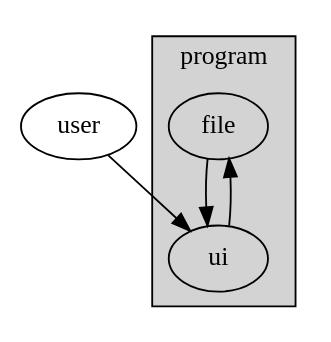
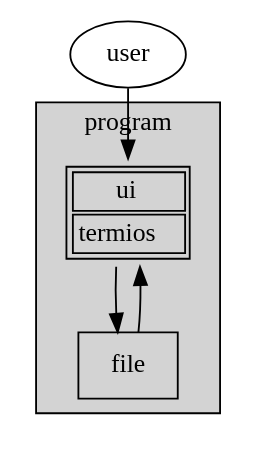
Before and after one commit to mikolaj33300/swop_textr: the diagram in uml/main.dot, drawn with Graphviz. The commit also changed 5 other files, not shown here.

```diff
--- a/uml/main.dot
+++ b/uml/main.dot
@@ -1,11 +1,15 @@
 digraph {
 	user
 	subgraph cluster_0 {
 		style=filled;
 		label=program;
-		file
-		ui
-		file -> ui -> file
+		ui[label = 
+		<<table>
+		<tr><td>ui</td></tr>
+		<tr><td>termios</td></tr>
+		</table>>, shape=none]
+		file[shape=box]
+		ui -> file -> ui
 	}
 	user -> ui
 }
```
